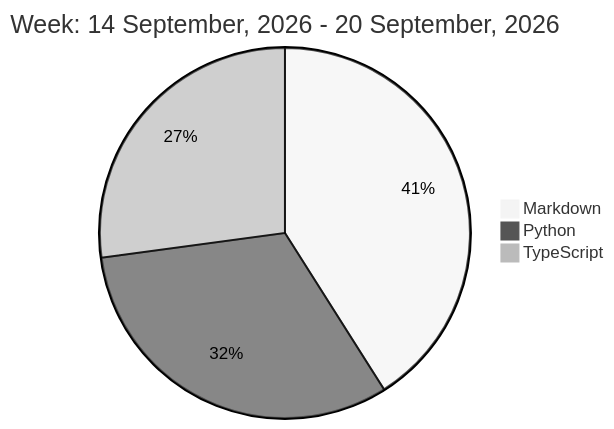
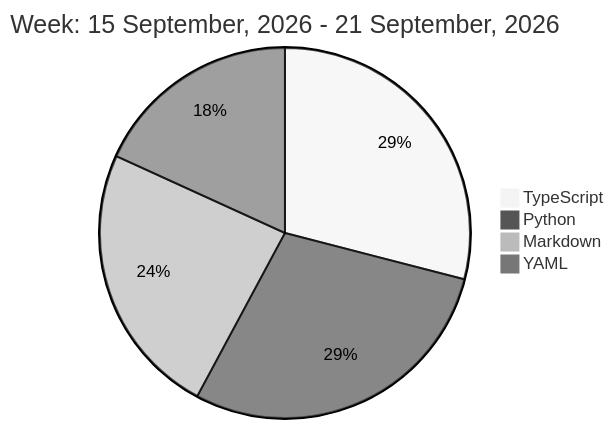
One commit to liubin95/liubin95 changed the diagram in README.md. Above: the diagram before and after it, drawn with Mermaid (neutral theme).

Commit message:
Updated the Graph with new Metrics

````diff
--- a/README.md
+++ b/README.md
@@ -32,7 +32,8 @@
 ```mermaid
  pie
-title Week: 14 September, 2026 - 20 September, 2026
- "Markdown" : 5.82
- "Python" : 4.52
- "TypeScript" : 3.85
+title Week: 15 September, 2026 - 21 September, 2026
+ "TypeScript" : 4.18
+ "Python" : 4.15
+ "Markdown" : 3.45
+ "YAML" : 2.62
 ```
````
